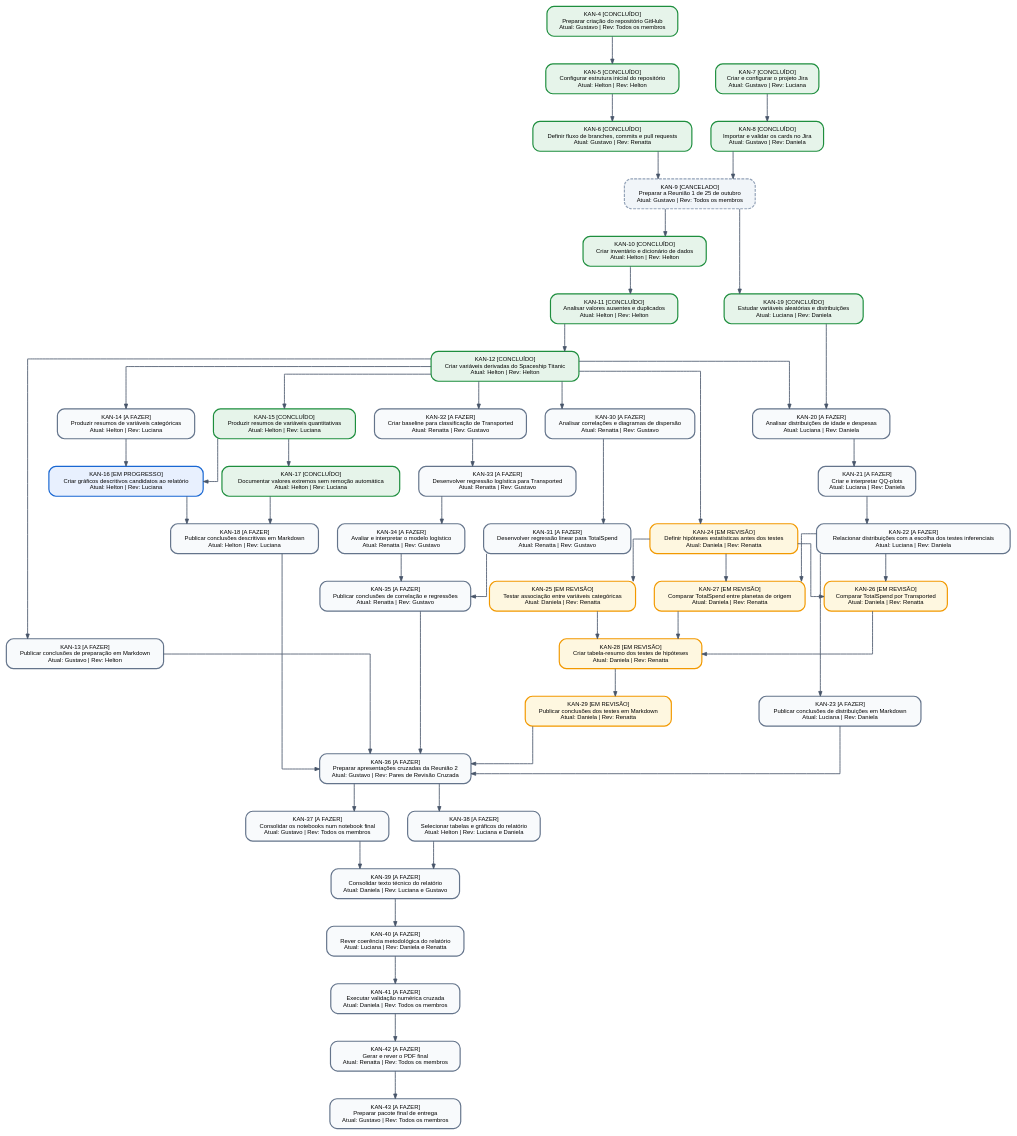
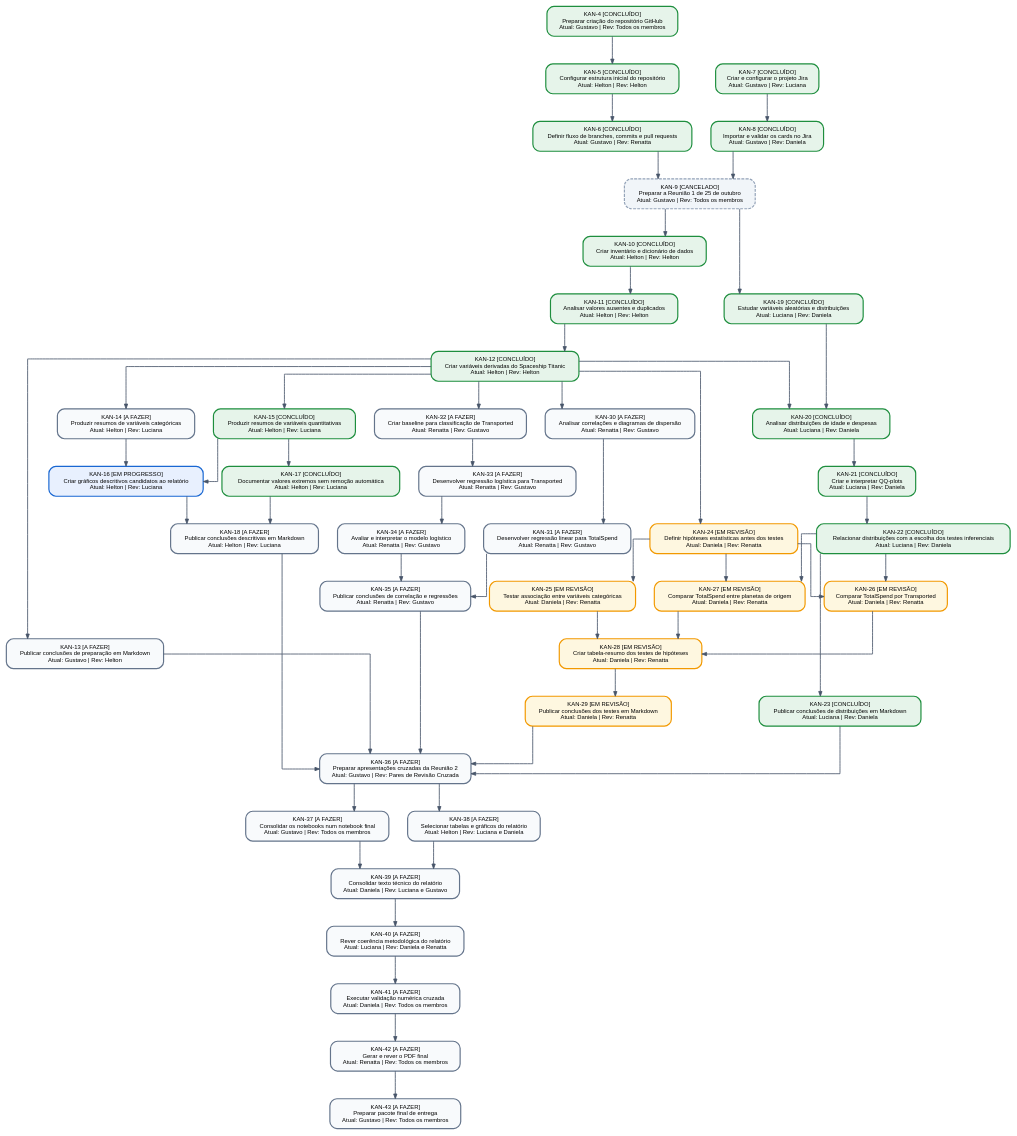
Before and after one commit to gmenezesg/spaceship-titanic-estatistica-posdl: the diagram in docs/mapa_dependencias_jira.dot, drawn with Graphviz. The commit also changed 4 other files, not shown here.

Commit message:
[KAN-29] Atualizar status da Trilha 2 de Luciana (KAN-19 a KAN-23 Concluido) no mapa de dependencias

```diff
--- a/docs/mapa_dependencias_jira.dot
+++ b/docs/mapa_dependencias_jira.dot
@@ -1,103 +1,103 @@
 digraph JiraDependencyMap {
     rankdir=TB;
     splines=ortho;
     nodesep=0.45;
     ranksep=0.65;
     fontname="Helvetica";
     node [shape=box, style="rounded,filled", fontname="Helvetica", fontsize=10, margin="0.18,0.12", penwidth=2.0];
     edge [color="#475569", penwidth=1.4, arrowsize=0.8];
 
     "KAN-4" [label="KAN-4 [CONCLUÍDO]\nPreparar criação do repositório GitHub\nAtual: Gustavo | Rev: Todos os membros", fillcolor="#E6F4EA", color="#1E8E3E", style="rounded,filled"];
     "KAN-5" [label="KAN-5 [CONCLUÍDO]\nConfigurar estrutura inicial do repositório\nAtual: Helton | Rev: Helton", fillcolor="#E6F4EA", color="#1E8E3E", style="rounded,filled"];
     "KAN-6" [label="KAN-6 [CONCLUÍDO]\nDefinir fluxo de branches, commits e pull requests\nAtual: Gustavo | Rev: Renatta", fillcolor="#E6F4EA", color="#1E8E3E", style="rounded,filled"];
     "KAN-7" [label="KAN-7 [CONCLUÍDO]\nCriar e configurar o projeto Jira\nAtual: Gustavo | Rev: Luciana", fillcolor="#E6F4EA", color="#1E8E3E", style="rounded,filled"];
     "KAN-8" [label="KAN-8 [CONCLUÍDO]\nImportar e validar os cards no Jira\nAtual: Gustavo | Rev: Daniela", fillcolor="#E6F4EA", color="#1E8E3E", style="rounded,filled"];
     "KAN-9" [label="KAN-9 [CANCELADO]\nPreparar a Reunião 1 de 25 de outubro\nAtual: Gustavo | Rev: Todos os membros", fillcolor="#F1F5F9", color="#94A3B8", style="rounded,filled,dashed"];
     "KAN-10" [label="KAN-10 [CONCLUÍDO]\nCriar inventário e dicionário de dados\nAtual: Helton | Rev: Helton", fillcolor="#E6F4EA", color="#1E8E3E", style="rounded,filled"];
     "KAN-11" [label="KAN-11 [CONCLUÍDO]\nAnalisar valores ausentes e duplicados\nAtual: Helton | Rev: Helton", fillcolor="#E6F4EA", color="#1E8E3E", style="rounded,filled"];
     "KAN-12" [label="KAN-12 [CONCLUÍDO]\nCriar variáveis derivadas do Spaceship Titanic\nAtual: Helton | Rev: Helton", fillcolor="#E6F4EA", color="#1E8E3E", style="rounded,filled"];
     "KAN-13" [label="KAN-13 [A FAZER]\nPublicar conclusões de preparação em Markdown\nAtual: Gustavo | Rev: Helton", fillcolor="#F8FAFC", color="#64748B", style="rounded,filled"];
     "KAN-14" [label="KAN-14 [A FAZER]\nProduzir resumos de variáveis categóricas\nAtual: Helton | Rev: Luciana", fillcolor="#F8FAFC", color="#64748B", style="rounded,filled"];
     "KAN-15" [label="KAN-15 [CONCLUÍDO]\nProduzir resumos de variáveis quantitativas\nAtual: Helton | Rev: Luciana", fillcolor="#E6F4EA", color="#1E8E3E", style="rounded,filled"];
     "KAN-16" [label="KAN-16 [EM PROGRESSO]\nCriar gráficos descritivos candidatos ao relatório\nAtual: Helton | Rev: Luciana", fillcolor="#E8F0FE", color="#1967D2", style="rounded,filled"];
     "KAN-17" [label="KAN-17 [CONCLUÍDO]\nDocumentar valores extremos sem remoção automática\nAtual: Helton | Rev: Luciana", fillcolor="#E6F4EA", color="#1E8E3E", style="rounded,filled"];
     "KAN-18" [label="KAN-18 [A FAZER]\nPublicar conclusões descritivas em Markdown\nAtual: Helton | Rev: Luciana", fillcolor="#F8FAFC", color="#64748B", style="rounded,filled"];
     "KAN-19" [label="KAN-19 [CONCLUÍDO]\nEstudar variáveis aleatórias e distribuições\nAtual: Luciana | Rev: Daniela", fillcolor="#E6F4EA", color="#1E8E3E", style="rounded,filled"];
-    "KAN-20" [label="KAN-20 [A FAZER]\nAnalisar distribuições de idade e despesas\nAtual: Luciana | Rev: Daniela", fillcolor="#F8FAFC", color="#64748B", style="rounded,filled"];
-    "KAN-21" [label="KAN-21 [A FAZER]\nCriar e interpretar QQ-plots\nAtual: Luciana | Rev: Daniela", fillcolor="#F8FAFC", color="#64748B", style="rounded,filled"];
-    "KAN-22" [label="KAN-22 [A FAZER]\nRelacionar distribuições com a escolha dos testes inferenciais\nAtual: Luciana | Rev: Daniela", fillcolor="#F8FAFC", color="#64748B", style="rounded,filled"];
-    "KAN-23" [label="KAN-23 [A FAZER]\nPublicar conclusões de distribuições em Markdown\nAtual: Luciana | Rev: Daniela", fillcolor="#F8FAFC", color="#64748B", style="rounded,filled"];
+    "KAN-20" [label="KAN-20 [CONCLUÍDO]\nAnalisar distribuições de idade e despesas\nAtual: Luciana | Rev: Daniela", fillcolor="#E6F4EA", color="#1E8E3E", style="rounded,filled"];
+    "KAN-21" [label="KAN-21 [CONCLUÍDO]\nCriar e interpretar QQ-plots\nAtual: Luciana | Rev: Daniela", fillcolor="#E6F4EA", color="#1E8E3E", style="rounded,filled"];
+    "KAN-22" [label="KAN-22 [CONCLUÍDO]\nRelacionar distribuições com a escolha dos testes inferenciais\nAtual: Luciana | Rev: Daniela", fillcolor="#E6F4EA", color="#1E8E3E", style="rounded,filled"];
+    "KAN-23" [label="KAN-23 [CONCLUÍDO]\nPublicar conclusões de distribuições em Markdown\nAtual: Luciana | Rev: Daniela", fillcolor="#E6F4EA", color="#1E8E3E", style="rounded,filled"];
     "KAN-24" [label="KAN-24 [EM REVISÃO]\nDefinir hipóteses estatísticas antes dos testes\nAtual: Daniela | Rev: Renatta", fillcolor="#FEF7E0", color="#F29900", style="rounded,filled"];
     "KAN-25" [label="KAN-25 [EM REVISÃO]\nTestar associação entre variáveis categóricas\nAtual: Daniela | Rev: Renatta", fillcolor="#FEF7E0", color="#F29900", style="rounded,filled"];
     "KAN-26" [label="KAN-26 [EM REVISÃO]\nComparar TotalSpend por Transported\nAtual: Daniela | Rev: Renatta", fillcolor="#FEF7E0", color="#F29900", style="rounded,filled"];
     "KAN-27" [label="KAN-27 [EM REVISÃO]\nComparar TotalSpend entre planetas de origem\nAtual: Daniela | Rev: Renatta", fillcolor="#FEF7E0", color="#F29900", style="rounded,filled"];
     "KAN-28" [label="KAN-28 [EM REVISÃO]\nCriar tabela-resumo dos testes de hipóteses\nAtual: Daniela | Rev: Renatta", fillcolor="#FEF7E0", color="#F29900", style="rounded,filled"];
     "KAN-29" [label="KAN-29 [EM REVISÃO]\nPublicar conclusões dos testes em Markdown\nAtual: Daniela | Rev: Renatta", fillcolor="#FEF7E0", color="#F29900", style="rounded,filled"];
     "KAN-30" [label="KAN-30 [A FAZER]\nAnalisar correlações e diagramas de dispersão\nAtual: Renatta | Rev: Gustavo", fillcolor="#F8FAFC", color="#64748B", style="rounded,filled"];
     "KAN-31" [label="KAN-31 [A FAZER]\nDesenvolver regressão linear para TotalSpend\nAtual: Renatta | Rev: Gustavo", fillcolor="#F8FAFC", color="#64748B", style="rounded,filled"];
     "KAN-32" [label="KAN-32 [A FAZER]\nCriar baseline para classificação de Transported\nAtual: Renatta | Rev: Gustavo", fillcolor="#F8FAFC", color="#64748B", style="rounded,filled"];
     "KAN-33" [label="KAN-33 [A FAZER]\nDesenvolver regressão logística para Transported\nAtual: Renatta | Rev: Gustavo", fillcolor="#F8FAFC", color="#64748B", style="rounded,filled"];
     "KAN-34" [label="KAN-34 [A FAZER]\nAvaliar e interpretar o modelo logístico\nAtual: Renatta | Rev: Gustavo", fillcolor="#F8FAFC", color="#64748B", style="rounded,filled"];
     "KAN-35" [label="KAN-35 [A FAZER]\nPublicar conclusões de correlação e regressões\nAtual: Renatta | Rev: Gustavo", fillcolor="#F8FAFC", color="#64748B", style="rounded,filled"];
     "KAN-36" [label="KAN-36 [A FAZER]\nPreparar apresentações cruzadas da Reunião 2\nAtual: Gustavo | Rev: Pares de Revisão Cruzada", fillcolor="#F8FAFC", color="#64748B", style="rounded,filled"];
     "KAN-37" [label="KAN-37 [A FAZER]\nConsolidar os notebooks num notebook final\nAtual: Gustavo | Rev: Todos os membros", fillcolor="#F8FAFC", color="#64748B", style="rounded,filled"];
     "KAN-38" [label="KAN-38 [A FAZER]\nSelecionar tabelas e gráficos do relatório\nAtual: Helton | Rev: Luciana e Daniela", fillcolor="#F8FAFC", color="#64748B", style="rounded,filled"];
     "KAN-39" [label="KAN-39 [A FAZER]\nConsolidar texto técnico do relatório\nAtual: Daniela | Rev: Luciana e Gustavo", fillcolor="#F8FAFC", color="#64748B", style="rounded,filled"];
     "KAN-40" [label="KAN-40 [A FAZER]\nRever coerência metodológica do relatório\nAtual: Luciana | Rev: Daniela e Renatta", fillcolor="#F8FAFC", color="#64748B", style="rounded,filled"];
     "KAN-41" [label="KAN-41 [A FAZER]\nExecutar validação numérica cruzada\nAtual: Daniela | Rev: Todos os membros", fillcolor="#F8FAFC", color="#64748B", style="rounded,filled"];
     "KAN-42" [label="KAN-42 [A FAZER]\nGerar e rever o PDF final\nAtual: Renatta | Rev: Todos os membros", fillcolor="#F8FAFC", color="#64748B", style="rounded,filled"];
     "KAN-43" [label="KAN-43 [A FAZER]\nPreparar pacote final de entrega\nAtual: Gustavo | Rev: Todos os membros", fillcolor="#F8FAFC", color="#64748B", style="rounded,filled"];
 
     "KAN-4" -> "KAN-5";
     "KAN-5" -> "KAN-6";
     "KAN-7" -> "KAN-8";
     "KAN-6" -> "KAN-9";
     "KAN-8" -> "KAN-9";
     "KAN-9" -> "KAN-10";
     "KAN-10" -> "KAN-11";
     "KAN-11" -> "KAN-12";
     "KAN-12" -> "KAN-13";
     "KAN-12" -> "KAN-14";
     "KAN-12" -> "KAN-15";
     "KAN-14" -> "KAN-16";
     "KAN-15" -> "KAN-16";
     "KAN-15" -> "KAN-17";
     "KAN-16" -> "KAN-18";
     "KAN-17" -> "KAN-18";
     "KAN-9" -> "KAN-19";
     "KAN-12" -> "KAN-20";
     "KAN-19" -> "KAN-20";
     "KAN-20" -> "KAN-21";
     "KAN-21" -> "KAN-22";
     "KAN-22" -> "KAN-23";
     "KAN-12" -> "KAN-24";
     "KAN-24" -> "KAN-25";
     "KAN-22" -> "KAN-26";
     "KAN-24" -> "KAN-26";
     "KAN-22" -> "KAN-27";
     "KAN-24" -> "KAN-27";
     "KAN-25" -> "KAN-28";
     "KAN-26" -> "KAN-28";
     "KAN-27" -> "KAN-28";
     "KAN-28" -> "KAN-29";
     "KAN-12" -> "KAN-30";
     "KAN-30" -> "KAN-31";
     "KAN-12" -> "KAN-32";
     "KAN-32" -> "KAN-33";
     "KAN-33" -> "KAN-34";
     "KAN-34" -> "KAN-35";
     "KAN-31" -> "KAN-35";
     "KAN-13" -> "KAN-36";
     "KAN-18" -> "KAN-36";
     "KAN-23" -> "KAN-36";
     "KAN-29" -> "KAN-36";
     "KAN-35" -> "KAN-36";
     "KAN-36" -> "KAN-37";
     "KAN-36" -> "KAN-38";
     "KAN-37" -> "KAN-39";
     "KAN-38" -> "KAN-39";
     "KAN-39" -> "KAN-40";
     "KAN-40" -> "KAN-41";
     "KAN-41" -> "KAN-42";
     "KAN-42" -> "KAN-43";
 }
```
